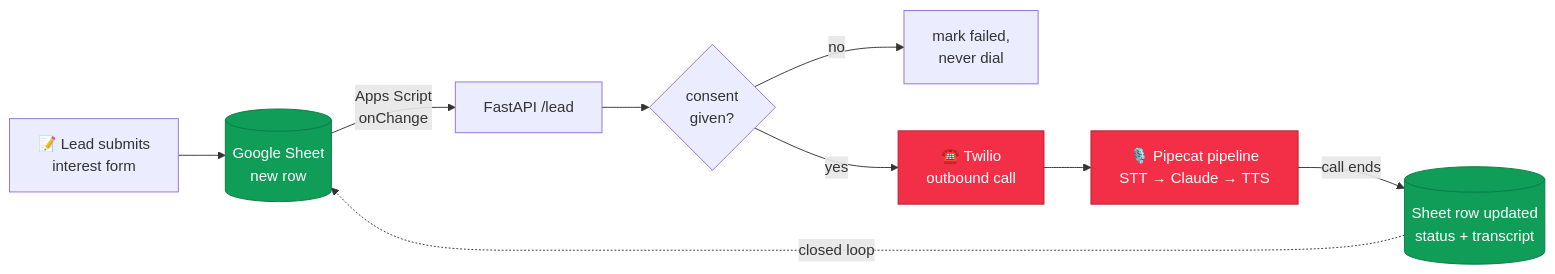
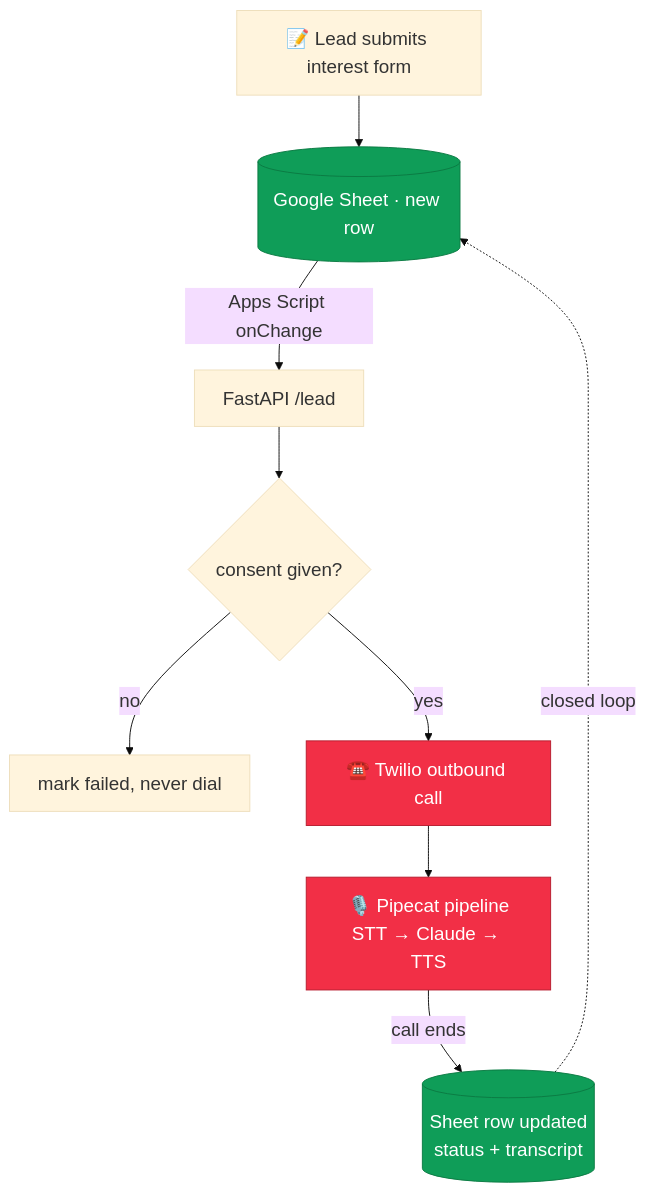
The first of 3 diagrams in README.md (zhang-liz/OpenLine), drawn with Mermaid before and after one commit. The commit also changed other lines of this file, not shown here.

Commit message:
Polish README Mermaid diagrams, drop plain-text fallbacks

````diff
--- a/README.md
+++ b/README.md
@@ -42,16 +42,17 @@
 ```mermaid
-flowchart LR
-    A[📝 Lead submits<br/>interest form] --> B[(Google Sheet<br/>new row)]
-    B -->|Apps Script<br/>onChange| C[FastAPI /lead]
-    C --> D{consent<br/>given?}
-    D -->|no| E[mark failed,<br/>never dial]
-    D -->|yes| F[☎️ Twilio<br/>outbound call]
+%%{init: {'theme':'base', 'flowchart': {'nodeSpacing': 60, 'rankSpacing': 55}, 'themeVariables': {'fontSize': '20px'}}}%%
+flowchart TD
+    A[📝 Lead submits interest form] --> B[(Google Sheet · new row)]
+    B -->|Apps Script onChange| C[FastAPI /lead]
+    C --> D{consent given?}
+    D -->|no| E[mark failed, never dial]
+    D -->|yes| F[☎️ Twilio outbound call]
     F --> G[🎙️ Pipecat pipeline<br/>STT → Claude → TTS]
     G -->|call ends| H[(Sheet row updated<br/>status + transcript)]
     H -. closed loop .-> B
 
     classDef sheet fill:#0F9D58,stroke:#0B7A43,color:#fff;
     classDef voice fill:#F22F46,stroke:#B71C2E,color:#fff;
     class B,H sheet;
     class F,G voice;
 ```
````
